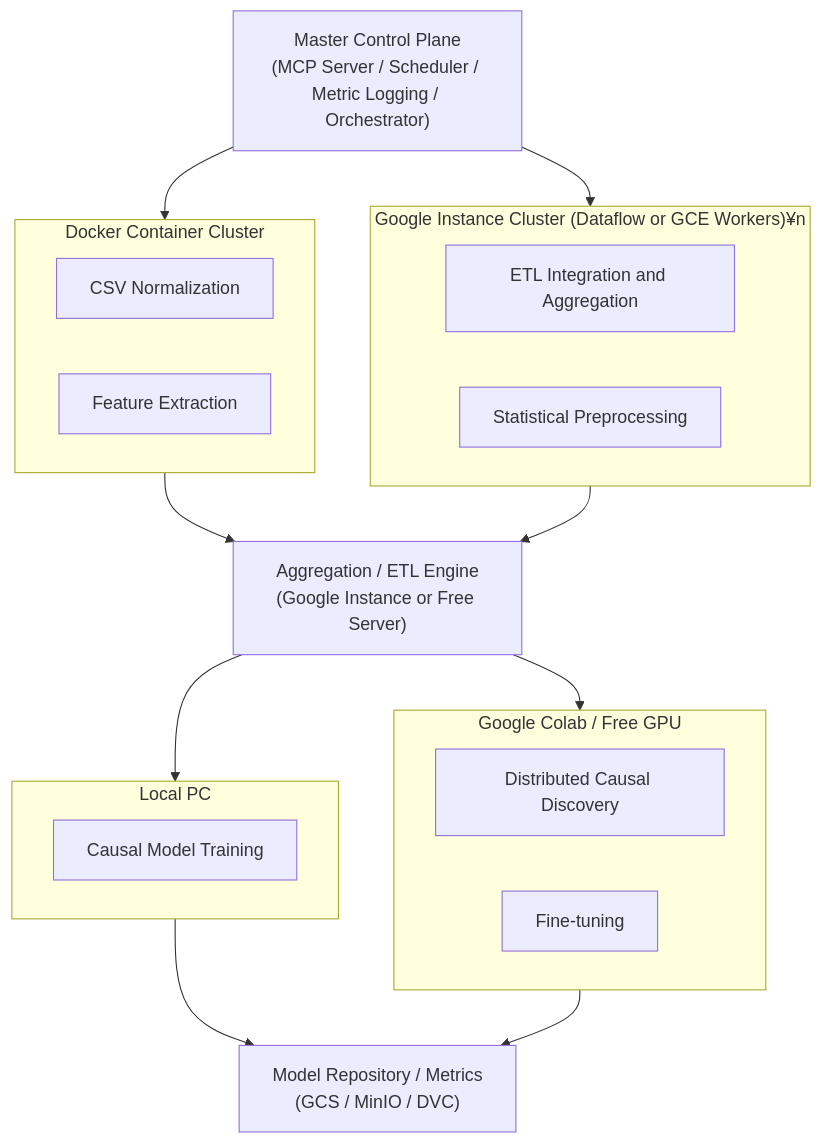
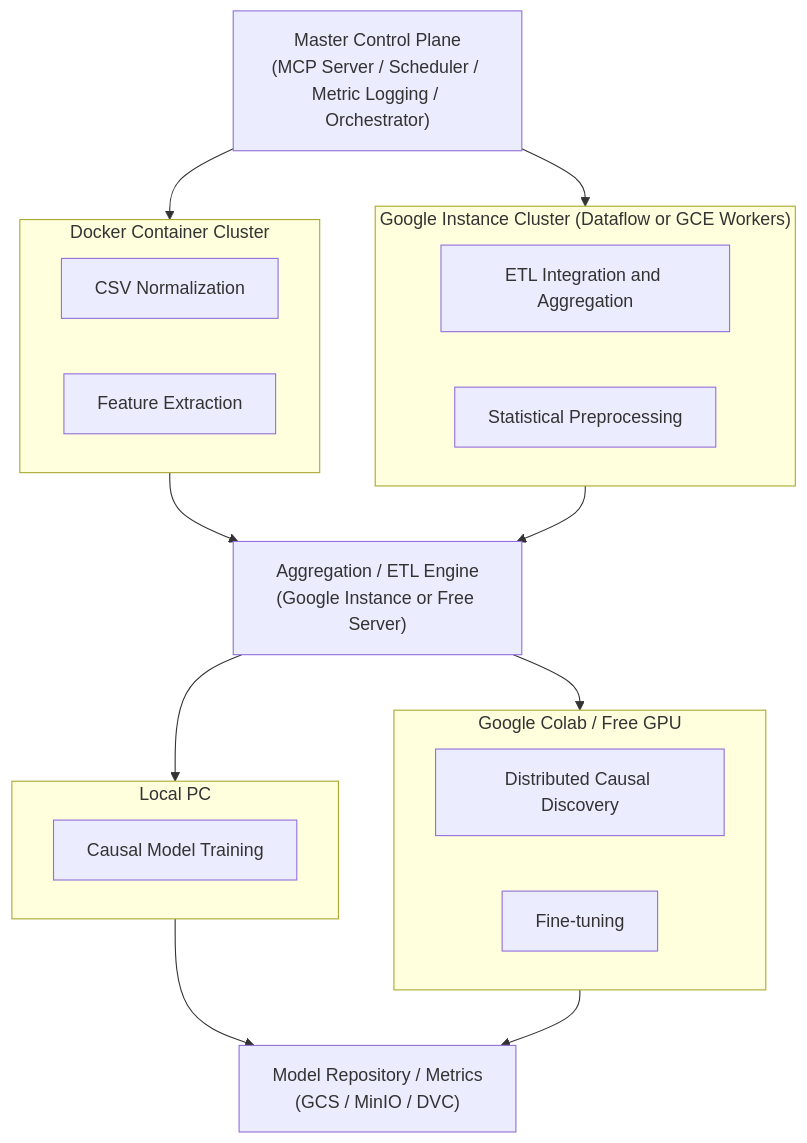
Before and after one commit to bertshun/testmodel: the diagram in SYSTEM_ARCHE.md, drawn with Mermaid.

Commit message:
add arch version 6

````diff
--- a/SYSTEM_ARCHE.md
+++ b/SYSTEM_ARCHE.md
@@ -3,55 +3,55 @@
 ```mermaid
 flowchart TB
 
 %% =========================
 %% Control Plane
 %% =========================
 A["Master Control Plane\n(MCP Server / Scheduler / Metric Logging / Orchestrator)"]
 
 %% =========================
 %% Data Processing Layer
 %% =========================
 subgraph B1["Docker Container Cluster"]
     B1a["CSV Normalization"]
     B1b["Feature Extraction"]
 end
 
-subgraph B2["Google Instance Cluster (Dataflow or GCE Workers)"¥n]
+subgraph B2["Google Instance Cluster (Dataflow or GCE Workers)\n"]
     B2a["ETL Integration and Aggregation"]
     B2b["Statistical Preprocessing"]
 end
 
 %% =========================
 %% Aggregation Layer
 %% =========================
 C["Aggregation / ETL Engine\n(Google Instance or Free Server)"]
 
 %% =========================
 %% Learning Layer
 %% =========================
 subgraph D1["Local PC"]
     D1a["Causal Model Training"]
 end
 
 subgraph D2["Google Colab / Free GPU"]
     D2a["Distributed Causal Discovery"]
     D2b["Fine-tuning"]
 end
 
 %% =========================
 %% Repository Layer
 %% =========================
 E["Model Repository / Metrics\n(GCS / MinIO / DVC)"]
 
 %% =========================
 %% Connections
 %% =========================
 A --> B1
 A --> B2
 B1 --> C
 B2 --> C
 C --> D1
 C --> D2
 D1 --> E
 D2 --> E
 ```
````
